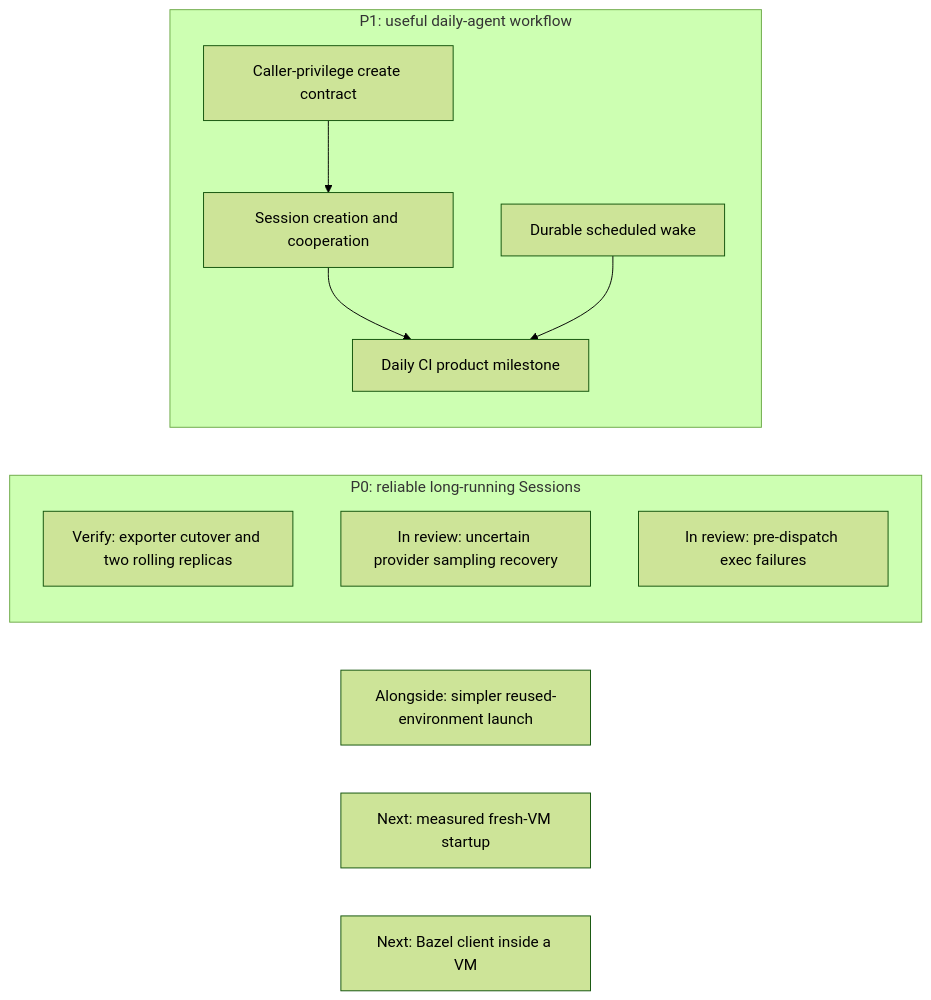
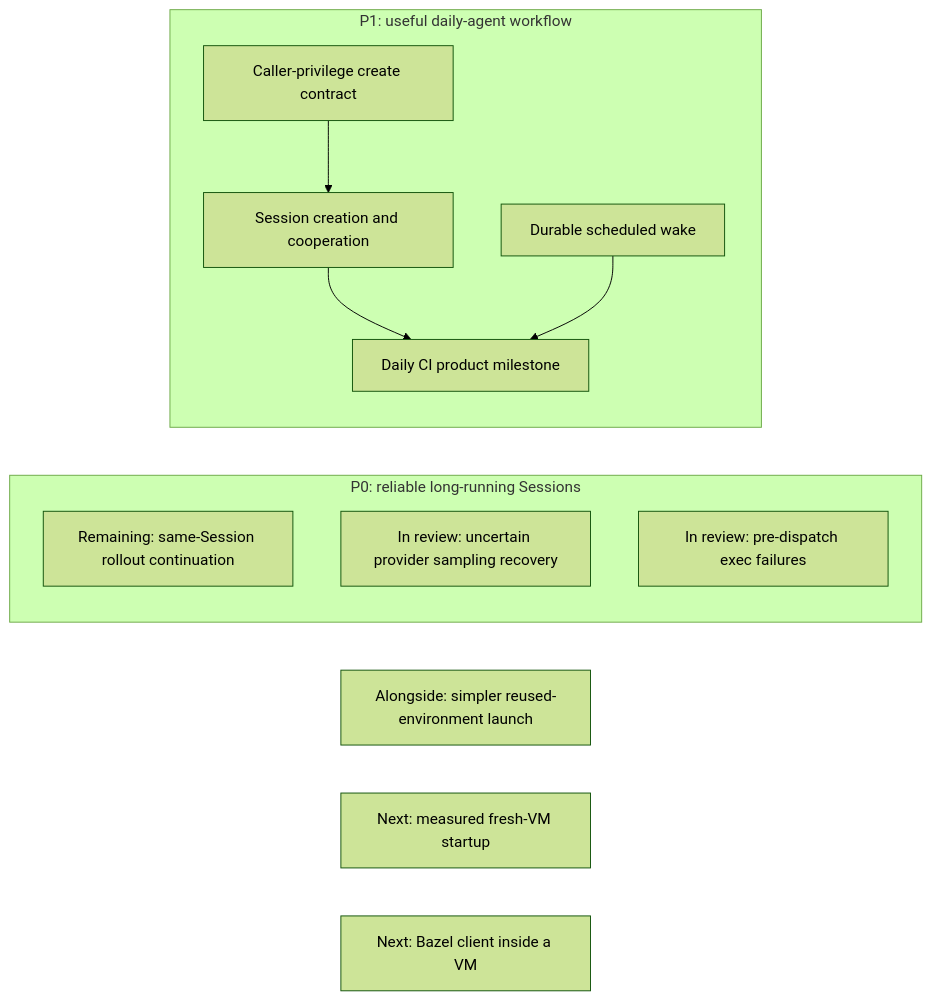
One commit to agentydragon/ducktape changed the first of 18 diagrams in agentplane/plans/task_dag.md. Above: the diagram before and after it, drawn with Mermaid (forest theme). The commit also changed other lines of this file and 1 other file, not shown here.

Commit message:
docs(agentplane): record reconciled sampler exporter cutover

````diff
--- a/agentplane/plans/task_dag.md
+++ b/agentplane/plans/task_dag.md
@@ -146,16 +146,16 @@
 ```mermaid
 flowchart LR
     subgraph PRIORITY_ZERO[P0: reliable long-running Sessions]
-        CENTRAL_SAMPLER_REPLICA_ROLLOUT[Verify: exporter cutover and two rolling replicas]
+        CENTRAL_SAMPLER_REPLICA_ROLLOUT[Remaining: same-Session rollout continuation]
         CENTRAL_SAMPLER_SAMPLING_RECOVERY[In review: uncertain provider sampling recovery]
         CENTRAL_SAMPLER_TOOL_RECOVERY[In review: pre-dispatch exec failures]
     end
     subgraph PRIORITY_ONE[P1: useful daily-agent workflow]
         THREAD_CREATE_POLICY[Caller-privilege create contract] --> THREAD_CREATE_AUTHORIZATION[Session creation and cooperation]
         THREAD_CREATE_AUTHORIZATION --> DAILY_CI_AGENT[Daily CI product milestone]
         SCHEDULED_AGENT_WAKE[Durable scheduled wake] --> DAILY_CI_AGENT
     end
     SESSION_LAUNCH_FRICTION[Alongside: simpler reused-environment launch]
     VM_STARTUP_LATENCY[Next: measured fresh-VM startup]
     LOCAL_BAZEL[Next: Bazel client inside a VM]
 ```
````
